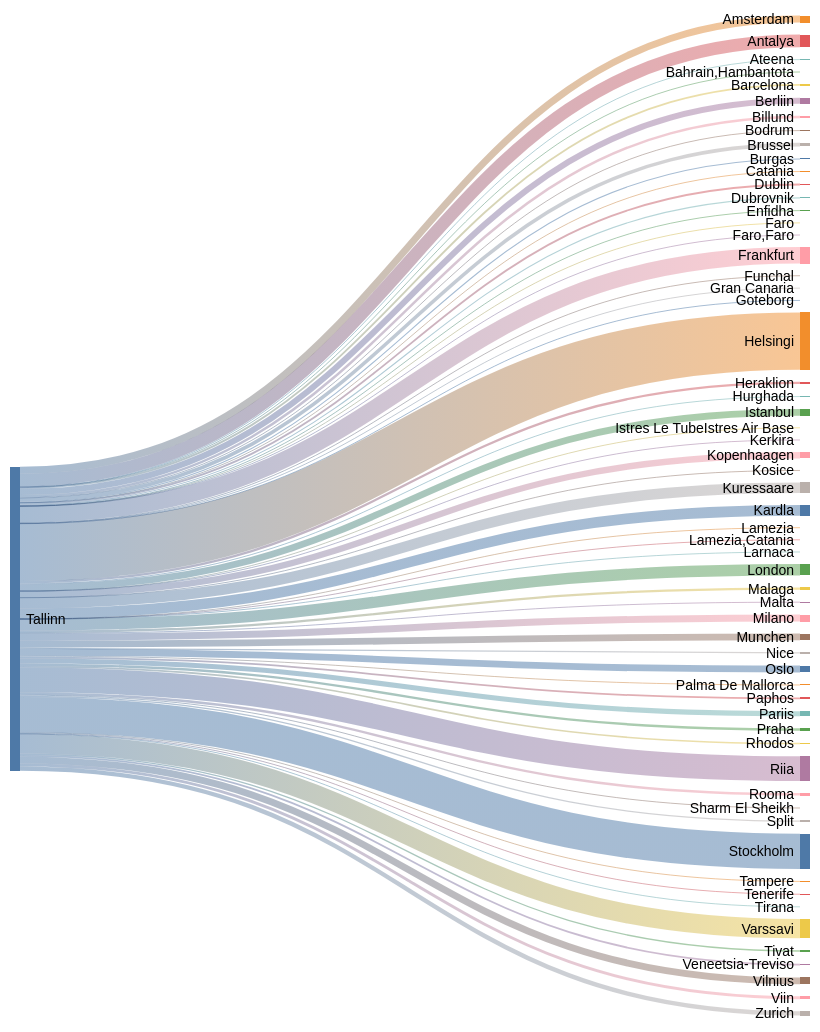
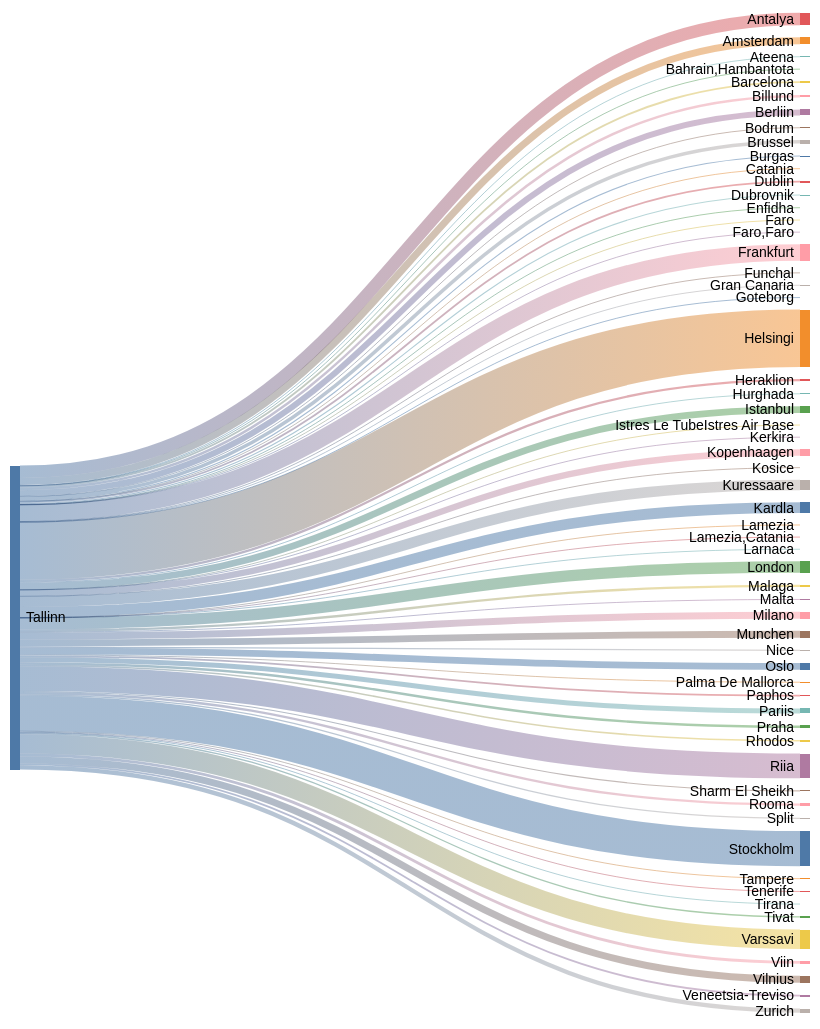
One commit to rainermesi/tll-airport-departures changed the second of 2 diagrams in README.md. Above: the diagram before and after it, drawn with Mermaid (forest theme). The commit also changed other lines of this file, not shown here.

````diff
--- a/README.md
+++ b/README.md
@@ -34,72 +34,72 @@
 ```mermaid
 ---
 config:
   sankey:
     showValues: false
     width: 800
     height: 1000
 ---
 sankey-beta
 %% source,target,value
-Tallinn,Amsterdam,139
+Tallinn,Amsterdam,140
 Tallinn,Antalya,250
 Tallinn,Ateena,16
 Tallinn,"Bahrain,Hambantota",1
-Tallinn,Barcelona,36
+Tallinn,Barcelona,37
 Tallinn,Berliin,120
 Tallinn,Billund,49
 Tallinn,Bodrum,11
 Tallinn,Brussel,71
 Tallinn,Burgas,21
 Tallinn,Catania,2
 Tallinn,Dublin,36
 Tallinn,Dubrovnik,21
 Tallinn,Enfidha,7
 Tallinn,Faro,4
 Tallinn,"Faro,Faro",1
-Tallinn,Frankfurt,330
+Tallinn,Frankfurt,332
 Tallinn,Funchal,5
 Tallinn,Gran Canaria,11
 Tallinn,Goteborg,1
-Tallinn,Helsingi,1142
+Tallinn,Helsingi,1151
 Tallinn,Heraklion,46
 Tallinn,Hurghada,17
-Tallinn,Istanbul,135
+Tallinn,Istanbul,136
 Tallinn,Istres Le TubeIstres Air Base,2
 Tallinn,Kerkira,4
 Tallinn,Kopenhaagen,127
 Tallinn,Kosice,1
-Tallinn,Kuressaare,211
-Tallinn,Kardla,211
+Tallinn,Kuressaare,213
+Tallinn,Kardla,213
 Tallinn,Lamezia,1
 Tallinn,"Lamezia,Catania",3
 Tallinn,Larnaca,4
-Tallinn,London,226
+Tallinn,London,228
 Tallinn,Malaga,47
 Tallinn,Malta,15
-Tallinn,Milano,139
-Tallinn,Munchen,136
+Tallinn,Milano,140
+Tallinn,Munchen,137
 Tallinn,Nice,25
 Tallinn,Oslo,137
 Tallinn,Palma De Mallorca,19
 Tallinn,Paphos,35
 Tallinn,Pariis,101
 Tallinn,Praha,49
 Tallinn,Rhodos,32
-Tallinn,Riia,493
+Tallinn,Riia,497
 Tallinn,Rooma,48
-Tallinn,Sharm El Sheikh,19
+Tallinn,Sharm El Sheikh,21
 Tallinn,Split,25
-Tallinn,Stockholm,702
+Tallinn,Stockholm,704
 Tallinn,Tampere,17
 Tallinn,Tenerife,16
 Tallinn,Tirana,8
 Tallinn,Tivat,26
-Tallinn,Varssavi,385
+Tallinn,Varssavi,388
 Tallinn,Veneetsia-Treviso,36
 Tallinn,Viin,57
-Tallinn,Vilnius,137
+Tallinn,Vilnius,139
 Tallinn,Zurich,87
 
 
 ```
````
